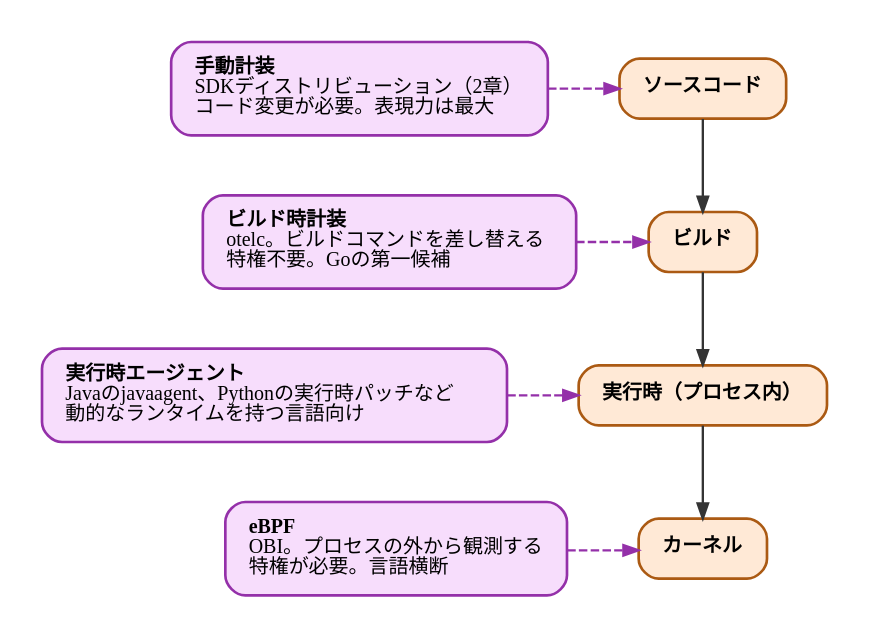
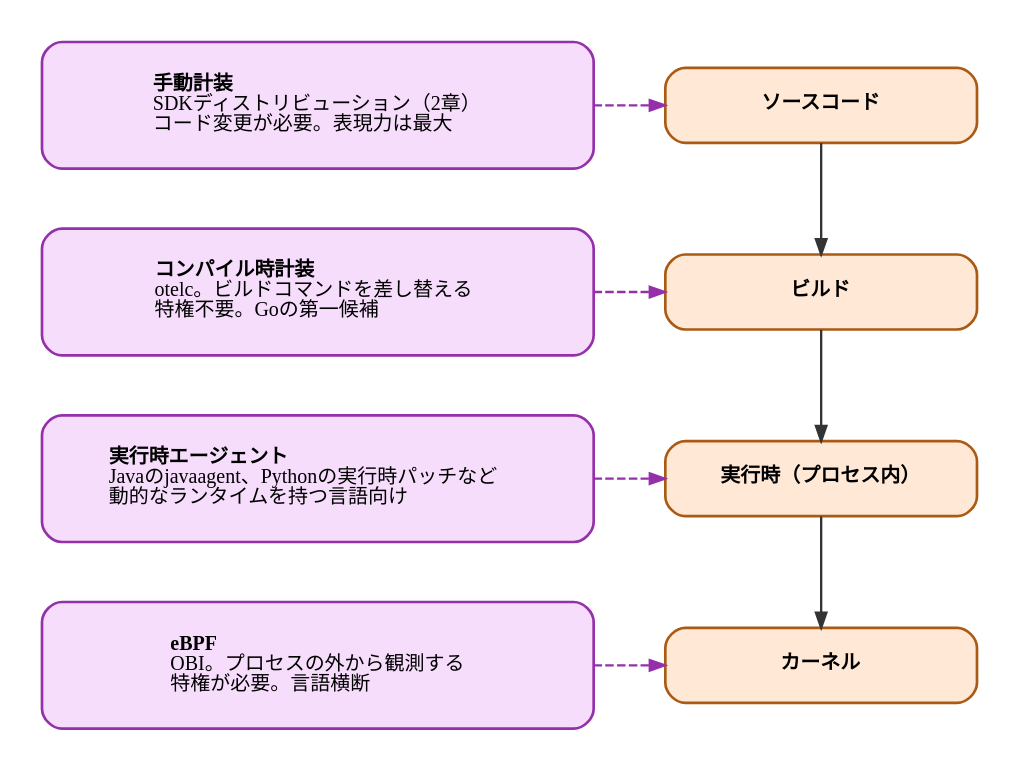
The diagram in diagrams/observability-platform-with-otel/20260926-injection-points.dot (ymotongpoo/zenn.dev), drawn with Graphviz before and after one commit. The commit also changed 9 other files, not shown here.

```diff
--- a/diagrams/observability-platform-with-otel/20260926-injection-points.dot
+++ b/diagrams/observability-platform-with-otel/20260926-injection-points.dot
@@ -1,42 +1,52 @@
 // 計装の注入ポイント比較
 digraph injection_points {
   graph [
     fontname="IBM Plex Sans JP", fontsize=13,
     rankdir=TB, compound=true, splines=ortho,
     nodesep=0.6, ranksep=0.5, pad=0.25,
     bgcolor="white", newrank=true
   ];
   node [
     fontname="IBM Plex Sans JP", fontsize=12,
     shape=box, style="rounded,filled",
     fillcolor="#E4E4E4", color="#4A4A4A", penwidth=1.6,
     margin="0.2,0.14"
   ];
   edge [
     fontname="IBM Plex Sans JP", fontsize=11,
     color="#343434", penwidth=1.4, arrowsize=0.9,
     fontcolor="#171717"
   ];
 
+  // 同じカテゴリの箱は大きさを揃えて整列させ、長さの調整は矢印側で行う。
+  // 大きさがまちまちだと、同列のものが別の重みを持つように見えて読みづらい。
+  // width/height は Graphviz では下限として働くので、同じカテゴリに同じ値を
+  // 与えれば、ラベルの文字数が違っても枠が揃う（fixedsize=true は使わない。
+  // ラベルが枠を越えて描かれるため）。
+
+  // 計装の注入ポイント（処理の段階）。短いラベルなので幅を揃える
+  node [width=2.6, height=0.62];
   src [label=<<b>ソースコード</b>>, fillcolor="#FFE9D6", color="#AB5A13"];
   build [label=<<b>ビルド</b>>, fillcolor="#FFE9D6", color="#AB5A13"];
   runtime [label=<<b>実行時（プロセス内）</b>>, fillcolor="#FFE9D6", color="#AB5A13"];
   kernel [label=<<b>カーネル</b>>, fillcolor="#FFE9D6", color="#AB5A13"];
 
+  // 計装の方式。3行のラベルを持つので高さを揃える
+  node [width=4.6, height=1.05];
   manual [label=<<b>手動計装</b><br align="left"/>SDKディストリビューション（2章）<br align="left"/>コード変更が必要。表現力は最大<br align="left"/>>, fillcolor="#F7DDFC", color="#9430A9"];
-  otelc [label=<<b>ビルド時計装</b><br align="left"/>otelc。ビルドコマンドを差し替える<br align="left"/>特権不要。Goの第一候補<br align="left"/>>, fillcolor="#F7DDFC", color="#9430A9"];
+  otelc [label=<<b>コンパイル時計装</b><br align="left"/>otelc。ビルドコマンドを差し替える<br align="left"/>特権不要。Goの第一候補<br align="left"/>>, fillcolor="#F7DDFC", color="#9430A9"];
   agentbased [label=<<b>実行時エージェント</b><br align="left"/>Javaのjavaagent、Pythonの実行時パッチなど<br align="left"/>動的なランタイムを持つ言語向け<br align="left"/>>, fillcolor="#F7DDFC", color="#9430A9"];
   ebpf [label=<<b>eBPF</b><br align="left"/>OBI。プロセスの外から観測する<br align="left"/>特権が必要。言語横断<br align="left"/>>, fillcolor="#F7DDFC", color="#9430A9"];
 
   src -> build -> runtime -> kernel;
 
   manual -> src [style=dashed, color="#9430A9"];
   otelc -> build [style=dashed, color="#9430A9"];
   agentbased -> runtime [style=dashed, color="#9430A9"];
   ebpf -> kernel [style=dashed, color="#9430A9"];
 
   { rank=same; src; manual; }
   { rank=same; build; otelc; }
   { rank=same; runtime; agentbased; }
   { rank=same; kernel; ebpf; }
 }
```
